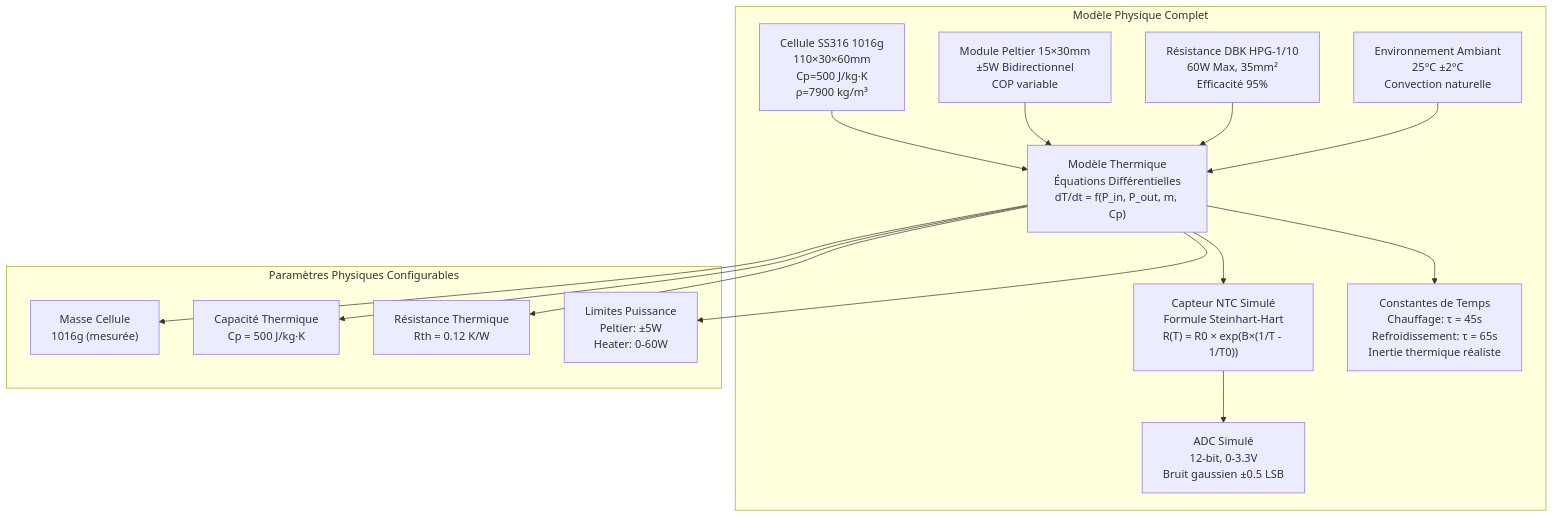
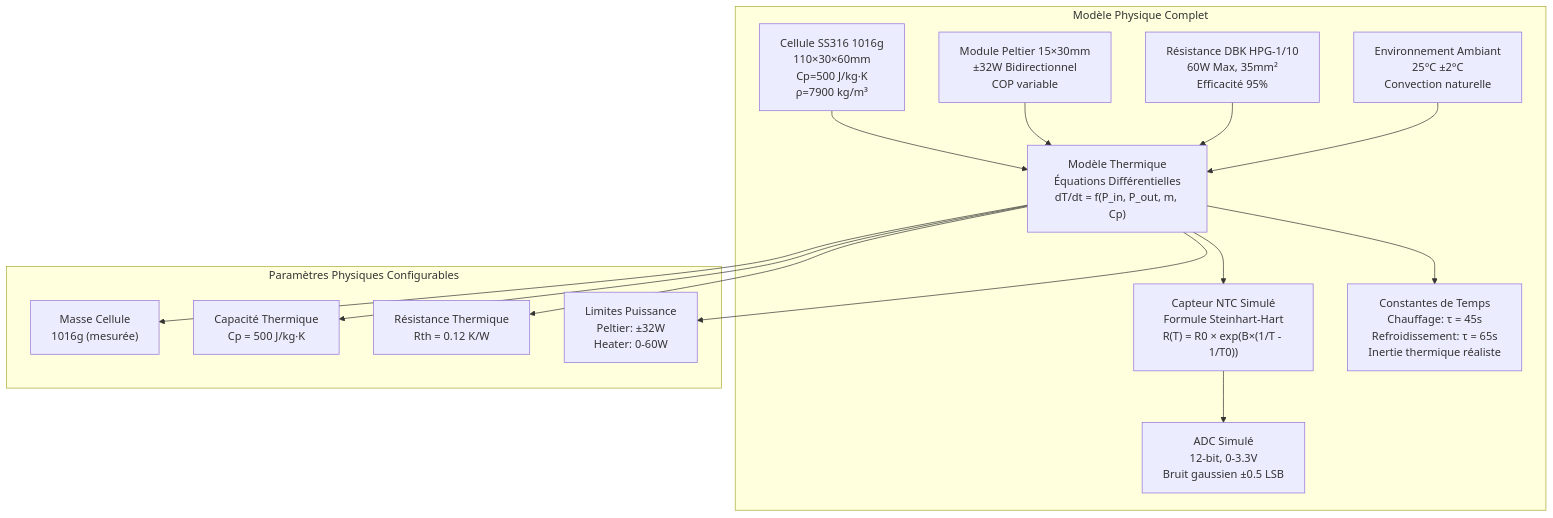
One commit to sctg-development/rust-photoacoustic changed diagram 22 of 28 in docs/regulation_thermique.md. Above: the diagram before and after it, drawn with Mermaid. The commit also changed other lines of this file, not shown here.

````diff
--- a/docs/regulation_thermique.md
+++ b/docs/regulation_thermique.md
@@ -2843,31 +2843,31 @@
 ```mermaid
 graph TB
     subgraph "Modèle Physique Complet"
         CELL[Cellule SS316 1016g<br/>110×30×60mm<br/>Cp=500 J/kg·K<br/>ρ=7900 kg/m³]
-        PELTIER[Module Peltier 15×30mm<br/>±5W Bidirectionnel<br/>COP variable]
+        PELTIER[Module Peltier 15×30mm<br/>±32W Bidirectionnel<br/>COP variable]
         HEATER[Résistance DBK HPG-1/10<br/>60W Max, 35mm²<br/>Efficacité 95%]
         AMBIENT[Environnement Ambiant<br/>25°C ±2°C<br/>Convection naturelle]
         
         CELL --> THERMAL_MODEL["Modèle Thermique<br/>Équations Différentielles<br/>dT/dt = f(P_in, P_out, m, Cp)"]
         PELTIER --> THERMAL_MODEL
         HEATER --> THERMAL_MODEL
         AMBIENT --> THERMAL_MODEL
         
         THERMAL_MODEL --> SENSOR["Capteur NTC Simulé<br/>Formule Steinhart-Hart<br/>R(T) = R0 × exp(B×(1/T - 1/T0))"]
         SENSOR --> ADC_SIM[ADC Simulé<br/>12-bit, 0-3.3V<br/>Bruit gaussien ±0.5 LSB]
         
         THERMAL_MODEL --> TIME_CONSTANTS[Constantes de Temps<br/>Chauffage: τ = 45s<br/>Refroidissement: τ = 65s<br/>Inertie thermique réaliste]
     end
     
     subgraph "Paramètres Physiques Configurables"
         MASS["Masse Cellule<br/>1016g (mesurée)"]
         HEAT_CAP[Capacité Thermique<br/>Cp = 500 J/kg·K]
         THERMAL_RESIST[Résistance Thermique<br/>Rth = 0.12 K/W]
-        POWER_LIMITS[Limites Puissance<br/>Peltier: ±5W<br/>Heater: 0-60W]
+        POWER_LIMITS[Limites Puissance<br/>Peltier: ±32W<br/>Heater: 0-60W]
     end
     
     THERMAL_MODEL --> MASS
     THERMAL_MODEL --> HEAT_CAP
     THERMAL_MODEL --> THERMAL_RESIST
     THERMAL_MODEL --> POWER_LIMITS
 ```
````
